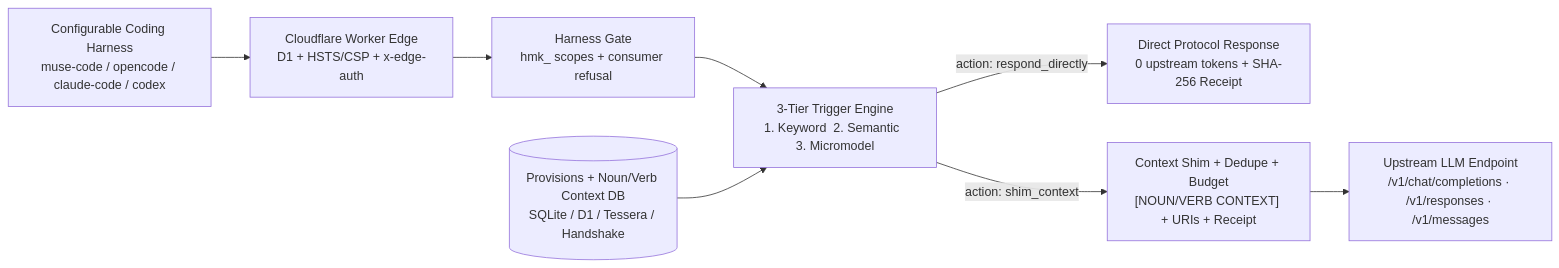
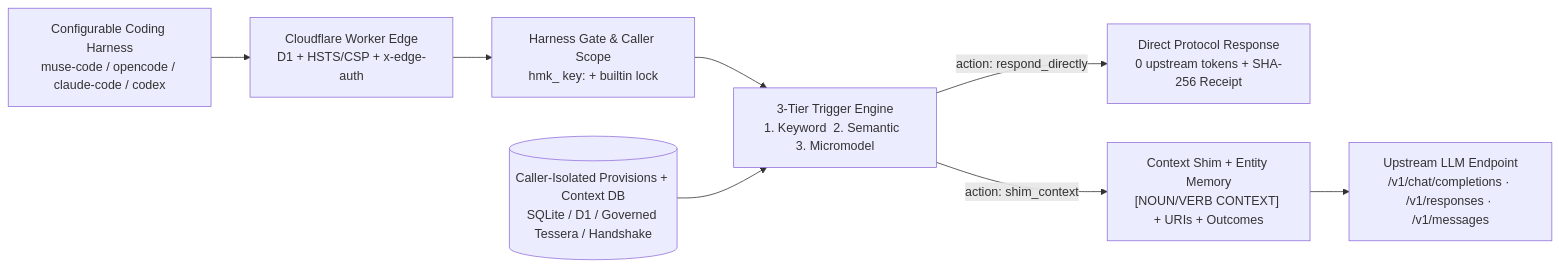
The diagram in docs/architecture.md (ta-amps/herma-infrastructure-shim-for-intelligent-agents), drawn with Mermaid before and after one commit. The commit also changed other lines of this file and 28 other files, not shown here.

First line of the commit message:
middleware: enforce caller-scope isolation, deterministic entity memory, rule insights & MCP parity

````diff
--- a/docs/architecture.md
+++ b/docs/architecture.md
@@ -5,10 +5,10 @@
 ```mermaid
 flowchart LR
   H["Configurable Coding Harness<br/>muse-code / opencode / claude-code / codex"] --> E["Cloudflare Worker Edge<br/>D1 + HSTS/CSP + x-edge-auth"]
-  E --> G["Harness Gate<br/>hmk_ scopes + consumer refusal"]
+  E --> G["Harness Gate & Caller Scope<br/>hmk_ key:<id> + builtin lock"]
   G --> T["3-Tier Trigger Engine<br/>1. Keyword  2. Semantic  3. Micromodel"]
-  S[("Provisions + Noun/Verb Context DB<br/>SQLite / D1 / Tessera / Handshake")] --> T
+  S[("Caller-Isolated Provisions + Context DB<br/>SQLite / D1 / Governed Tessera / Handshake")] --> T
   T -->|"action: respond_directly"| D["Direct Protocol Response<br/>0 upstream tokens + SHA-256 Receipt"]
-  T -->|"action: shim_context"| I["Context Shim + Dedupe + Budget<br/>[NOUN/VERB CONTEXT] + URIs + Receipt"]
+  T -->|"action: shim_context"| I["Context Shim + Entity Memory<br/>[NOUN/VERB CONTEXT] + URIs + Outcomes"]
   I --> U["Upstream LLM Endpoint<br/>/v1/chat/completions · /v1/responses · /v1/messages"]
 ```
````
